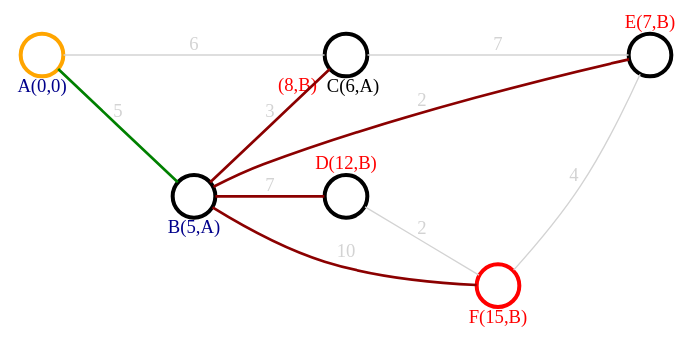
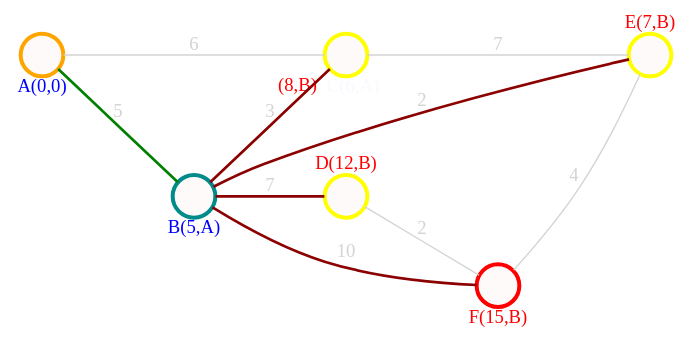
Before and after one commit to dgudim2/obsidian_vault: the third of 6 diagrams in uni/Discrete math/Graphs/Graphs - shortest path.md, drawn with Graphviz. The commit also changed other lines of this file and 7 other files, not shown here.

````diff
--- a/uni/Discrete math/Graphs/Graphs - shortest path.md
+++ b/uni/Discrete math/Graphs/Graphs - shortest path.md
@@ -168,44 +168,44 @@
 ```dot 
 graph neato { 
 
 bgcolor="transparent" 
 
 rankdir="LR"
 
 graph [layout = dot, ranksep=1,nodesep=.5] 
 
 subgraph cluster_space {
 	graph [peripheries=0]
 	
 	node [shape = circle, 
 	      style = filled, 
 	      width=0.45, 
 	      height=0.45, 
-	      color=darkyellow, 
-	      fillcolor=white, 
-	      fontcolor=brightwhite,
+	      color=yellow, 
+	      fillcolor=snow, 
+	      fontcolor=ghostwhite,
 	      fixedsize=true,
 	      penwidth=3]
 	
-	a [label="\n\n\nA(0,0)",color=orange,fontcolor=darkblue]
-	b [label="\n\n\nB(5,A)",color=darkaqua,fontcolor=darkblue]
+	a [label="\n\n\nA(0,0)",color=orange,fontcolor=blue]
+	b [label="\n\n\nB(5,A)",color=darkcyan,fontcolor=blue]
 	c [label="\n\n\n    C(6,A)",xlabel=<<font color="red">(8,B)</font>>]
 	d [label="D(12,B)\n\n\n\n",fontcolor=red]
 	e [label="E(7,B)\n\n\n\n",fontcolor=red]
 	f [label="\n\n\nF(15,B)",color=red,fontcolor=red]
 	
 	edge [color=lightgray, fontcolor=lightgray] 
 	
 	a -- b [label="5",weight=5,color=green,penwidth=2]
 	a -- c [label="6",weight=6]
 	b -- e [label="2",weight=2,color=darkred,penwidth=2]
 	b -- f [label="10",weight=10,color=darkred,penwidth=2]
 	b -- c [label="3",weight=3,color=darkred,penwidth=2]
 	b -- d [label="7",weight=7,color=darkred,penwidth=2]
 	c -- e [label="7",weight=7]
 	d -- f [label="2",weight=2]
 	f -- e [label="4",weight=4]
 	
 	}
 } 
 ```
````
